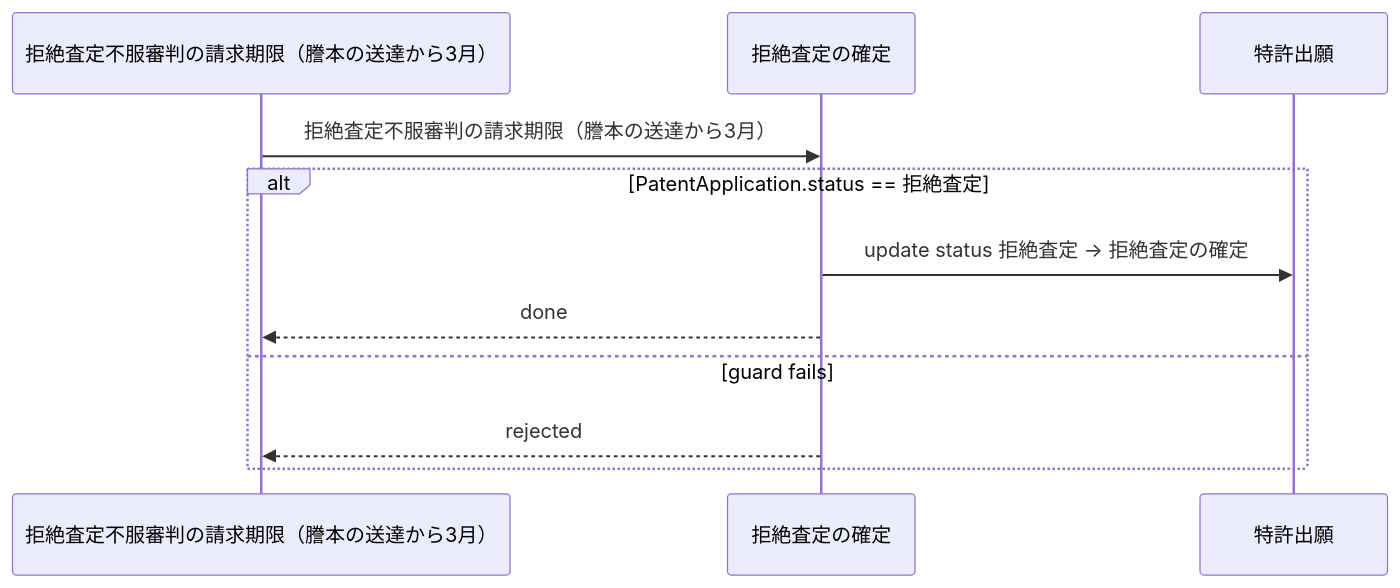
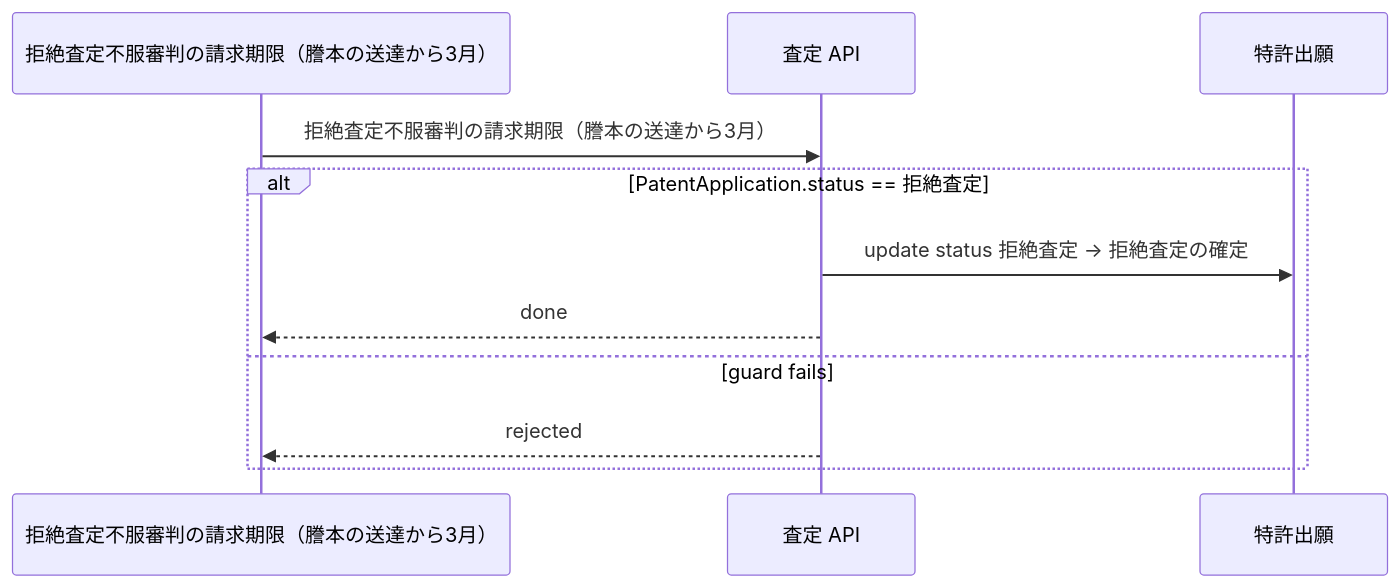
One commit to manji-0/rdra-ish-dsl changed the diagram in samples/patent-ops/out/uc/sequence_FinalizeRejection.mmd. Above: the diagram before and after it, drawn with Mermaid. The commit also changed 22 other files, not shown here.

```diff
--- a/samples/patent-ops/out/uc/sequence_FinalizeRejection.mmd
+++ b/samples/patent-ops/out/uc/sequence_FinalizeRejection.mmd
@@ -1,14 +1,14 @@
 %% rdra-ish diagram=sequence scope=usecase:FinalizeRejection model=samples/patent-ops
-%% kinds: timer usecase entity
+%% kinds: timer api entity
 %% omitted: buc step
 sequenceDiagram
   participant timer__AppealDeadline as 拒絶査定不服審判の請求期限（謄本の送達から3月）
-  participant usecase__FinalizeRejection as 拒絶査定の確定
+  participant api__DecisionApi as 査定 API
   participant entity__PatentApplication as 特許出願
-  timer__AppealDeadline ->> usecase__FinalizeRejection: 拒絶査定不服審判の請求期限（謄本の送達から3月）
+  timer__AppealDeadline ->> api__DecisionApi: 拒絶査定不服審判の請求期限（謄本の送達から3月）
   alt PatentApplication.status == 拒絶査定
-    usecase__FinalizeRejection ->> entity__PatentApplication: update status 拒絶査定 -> 拒絶査定の確定
-    usecase__FinalizeRejection -->> timer__AppealDeadline: done
+    api__DecisionApi ->> entity__PatentApplication: update status 拒絶査定 -> 拒絶査定の確定
+    api__DecisionApi -->> timer__AppealDeadline: done
   else guard fails
-    usecase__FinalizeRejection -->> timer__AppealDeadline: rejected
+    api__DecisionApi -->> timer__AppealDeadline: rejected
   end
```
